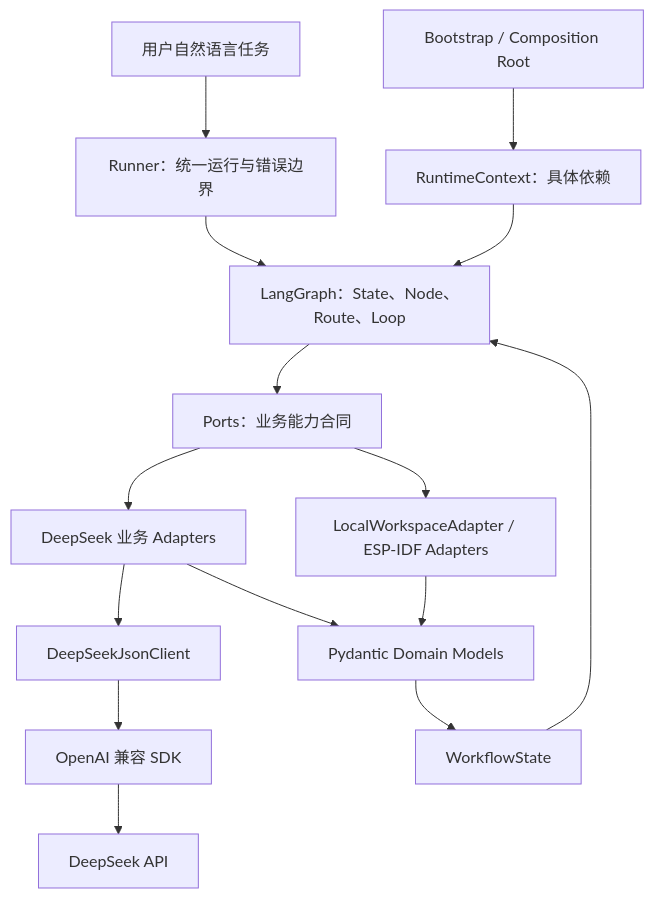
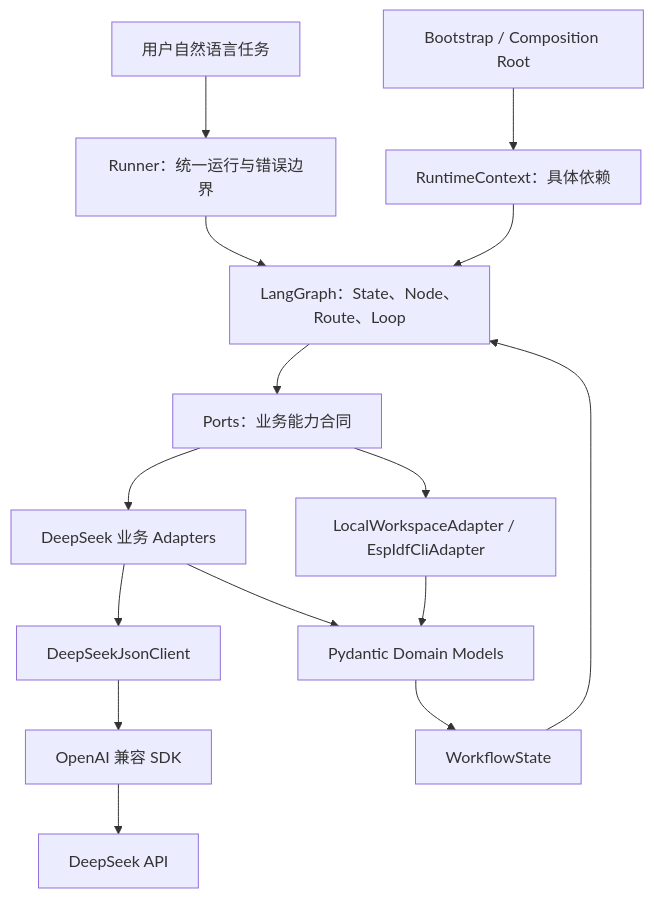
Before and after one commit to neltharion11/luxar-embedded-agent: the diagram in docs/learning/00-LUXAR-Agent-复习总览.md, drawn with Mermaid. The commit also changed other lines of this file and 7 other files, not shown here.

Commit message:
docs: complete ESP-IDF CLI adapter lesson

````diff
--- a/docs/learning/00-LUXAR-Agent-复习总览.md
+++ b/docs/learning/00-LUXAR-Agent-复习总览.md
@@ -129,17 +131,17 @@
 ```mermaid
 flowchart TD
     User["用户自然语言任务"] --> Runner["Runner：统一运行与错误边界"]
     Runner --> Graph["LangGraph：State、Node、Route、Loop"]
     Graph --> Ports["Ports：业务能力合同"]
     Bootstrap["Bootstrap / Composition Root"] --> Context["RuntimeContext：具体依赖"]
     Context --> Graph
     Ports --> ModelAdapters["DeepSeek 业务 Adapters"]
     ModelAdapters --> Client["DeepSeekJsonClient"]
     Client --> SDK["OpenAI 兼容 SDK"]
     SDK --> API["DeepSeek API"]
-    Ports --> EngineeringAdapters["LocalWorkspaceAdapter / ESP-IDF Adapters"]
+    Ports --> EngineeringAdapters["LocalWorkspaceAdapter / EspIdfCliAdapter"]
     ModelAdapters --> Domain["Pydantic Domain Models"]
     EngineeringAdapters --> Domain
     Domain --> State["WorkflowState"]
     State --> Graph
 ```
````
